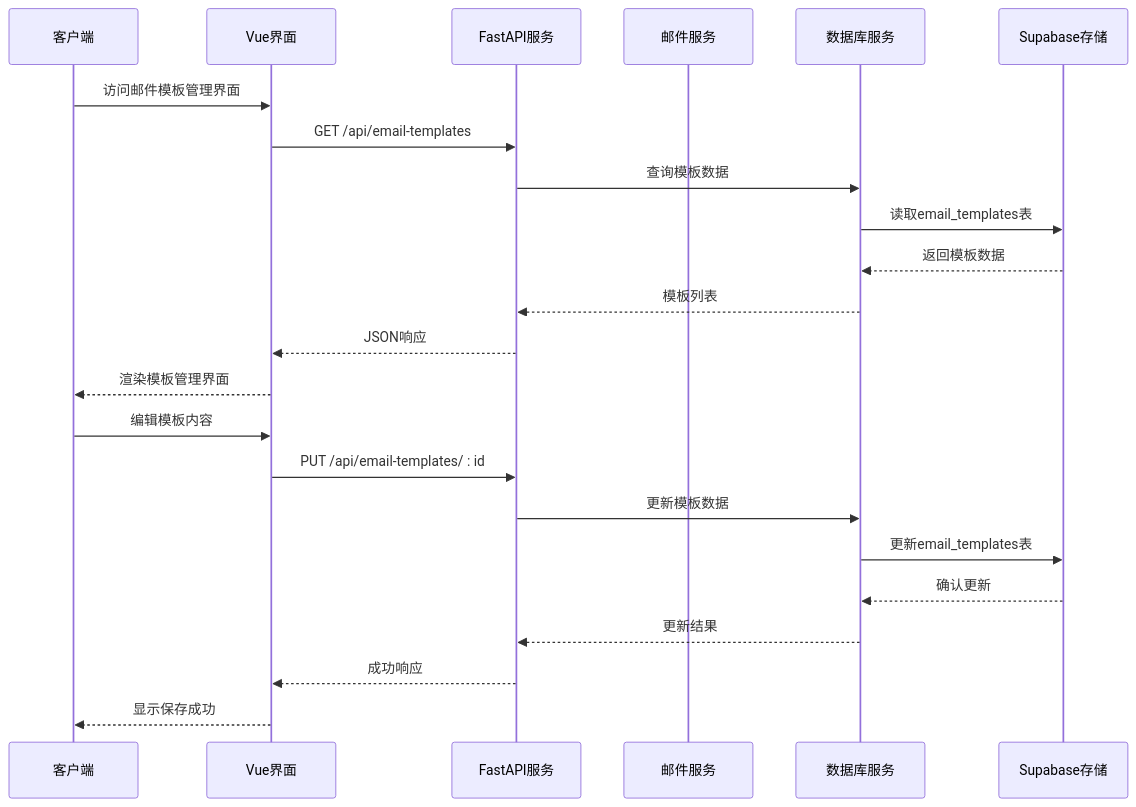
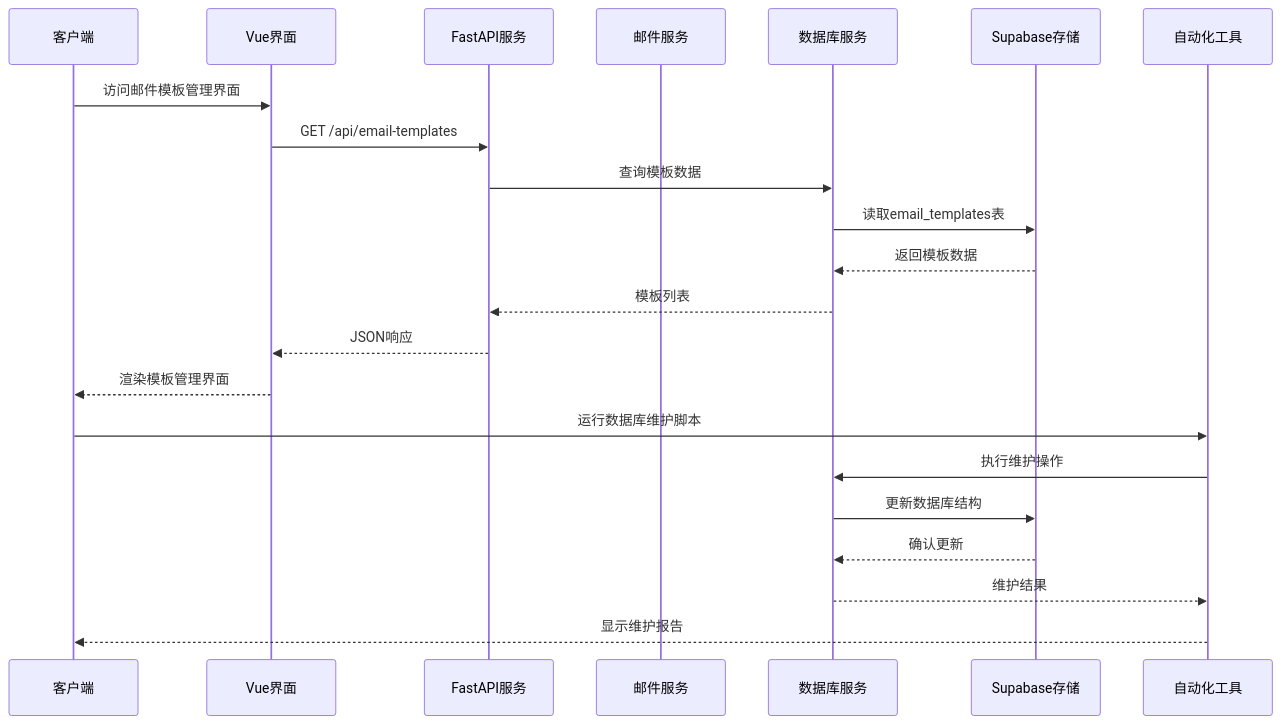
The second of 9 diagrams in .qoder/repowiki/zh/content/开发指南/邮件模板管理系统.md (SY6621/POD-Order-Management), drawn with Mermaid before and after one commit. The commit also changed other lines of this file and 18 other files, not shown here.

````diff
--- a/.qoder/repowiki/zh/content/开发指南/邮件模板管理系统.md
+++ b/.qoder/repowiki/zh/content/开发指南/邮件模板管理系统.md
@@ -121,25 +160,24 @@
 ```mermaid
 sequenceDiagram
 participant Client as 客户端
 participant VueUI as Vue界面
 participant FastAPI as FastAPI服务
 participant EmailSvc as 邮件服务
 participant DB as 数据库服务
 participant Supabase as Supabase存储
+participant AutoTools as 自动化工具
 Client->>VueUI : 访问邮件模板管理界面
 VueUI->>FastAPI : GET /api/email-templates
 FastAPI->>DB : 查询模板数据
 DB->>Supabase : 读取email_templates表
 Supabase-->>DB : 返回模板数据
 DB-->>FastAPI : 模板列表
 FastAPI-->>VueUI : JSON响应
 VueUI-->>Client : 渲染模板管理界面
-Client->>VueUI : 编辑模板内容
-VueUI->>FastAPI : PUT /api/email-templates/ : id
-FastAPI->>DB : 更新模板数据
-DB->>Supabase : 更新email_templates表
+Client->>AutoTools : 运行数据库维护脚本
+AutoTools->>DB : 执行维护操作
+DB->>Supabase : 更新数据库结构
 Supabase-->>DB : 确认更新
-DB-->>FastAPI : 更新结果
-FastAPI-->>VueUI : 成功响应
-VueUI-->>Client : 显示保存成功
+DB-->>AutoTools : 维护结果
+AutoTools-->>Client : 显示维护报告
 ```
````
